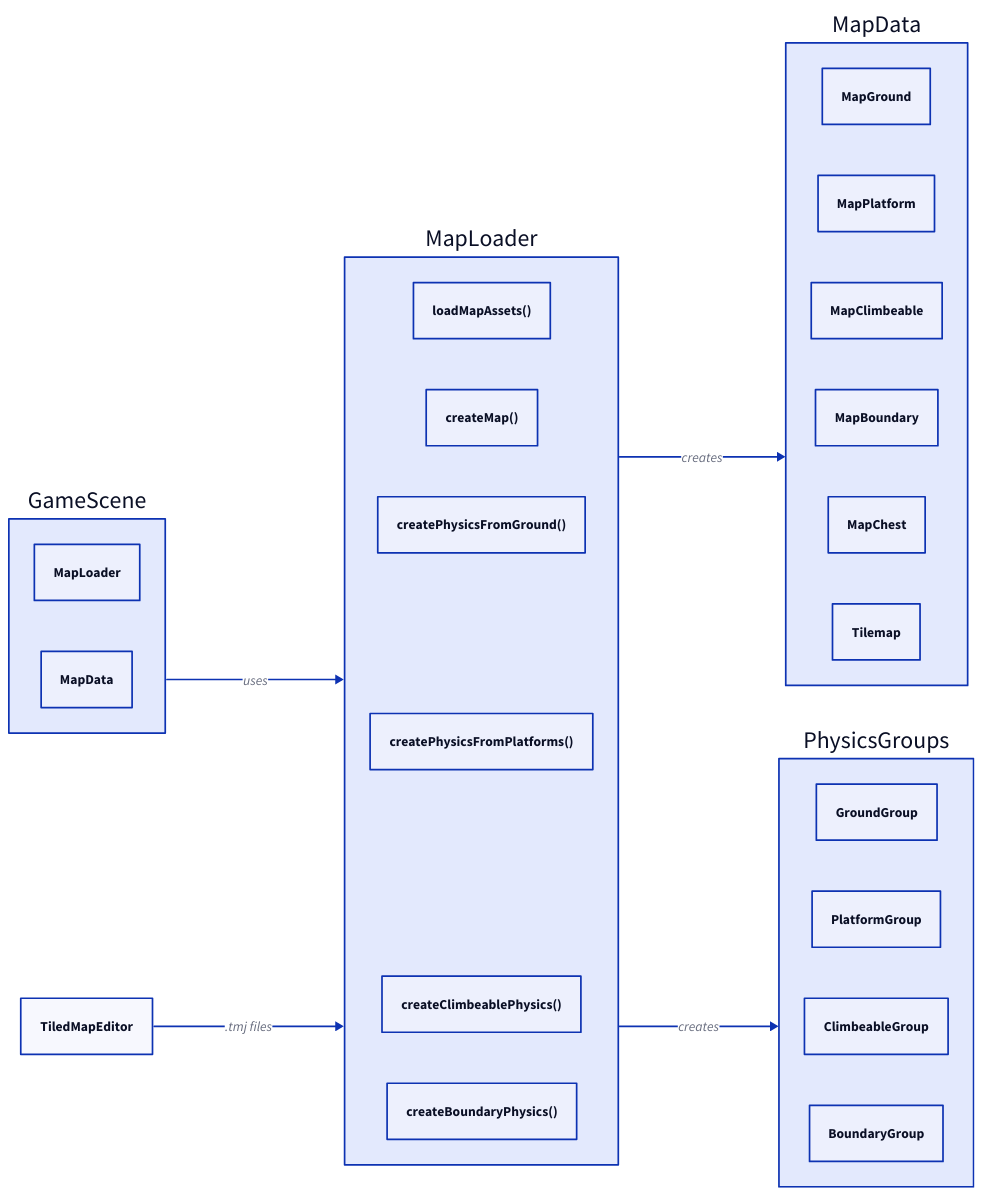
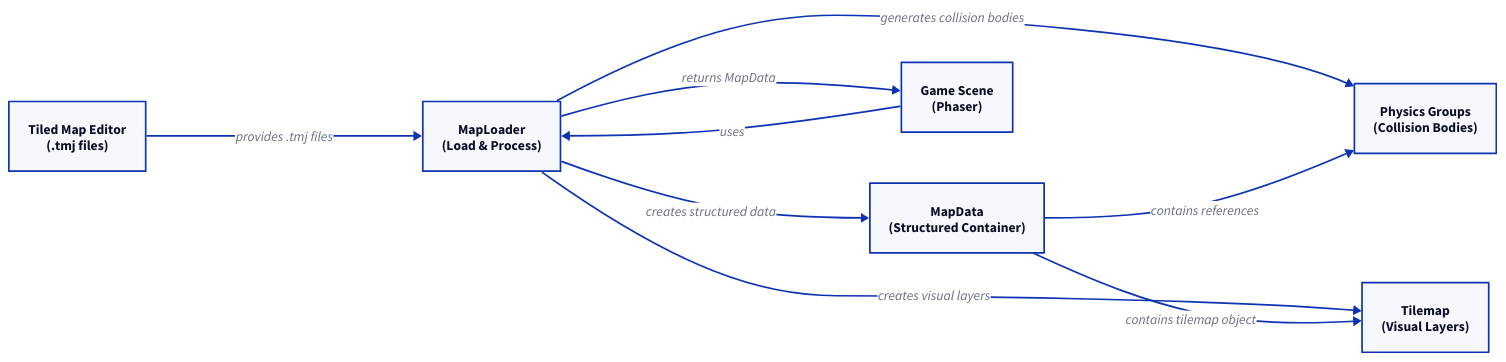
Before and after one commit to DevTK0/jump-story-mvp: the diagram in docs/content/docs/stage/stage.md, drawn with D2. The commit also changed other lines of this file and 2 other files, not shown here.

````diff
--- a/docs/content/docs/stage/stage.md
+++ b/docs/content/docs/stage/stage.md
@@ -7,40 +5,41 @@
 ```d2
 direction: right
+
 MapLoader: {
-  loadMapAssets()
-  createMap()
-  createPhysicsFromGround()
-  createPhysicsFromPlatforms()
-  createClimbeablePhysics()
-  createBoundaryPhysics()
+  label: "MapLoader\n(Load & Process)"
 }
 
 MapData: {
-  ground: MapGround
-  platforms: MapPlatform
-  climbeable: MapClimbeable
-  boundaries: MapBoundary
-  chests: MapChest
-  tilemap: Tilemap
+  label: "MapData\n(Structured Container)"
 }
 
-MapLoader -> MapData: creates
+PhysicsGroups: {
+  label: "Physics Groups\n(Collision Bodies)"
+}
 
 GameScene: {
-  mapLoader: MapLoader
-  mapData: MapData
+  label: "Game Scene\n(Phaser)"
 }
 
-GameScene -> MapLoader: uses
-
-TiledMapEditor -> MapLoader: .tmj files
-
-MapLoader -> PhysicsGroups: creates
-PhysicsGroups: {
-  GroundGroup
-  PlatformGroup
-  ClimbeableGroup
-  BoundaryGroup
+TiledMapEditor: {
+  label: "Tiled Map Editor\n(.tmj files)"
 }
 
+Tilemap: {
+  label: "Tilemap\n(Visual Layers)"
+}
+
+# Asset Flow
+TiledMapEditor -> MapLoader: provides .tmj files
+MapLoader -> MapData: creates structured data
+MapLoader -> PhysicsGroups: generates collision bodies
+MapLoader -> Tilemap: creates visual layers
+
+# Scene Integration
+GameScene -> MapLoader: uses
+MapLoader -> GameScene: returns MapData
+
+# Data Structure
+MapData -> PhysicsGroups: contains references
+MapData -> Tilemap: contains tilemap object
 ```
````
